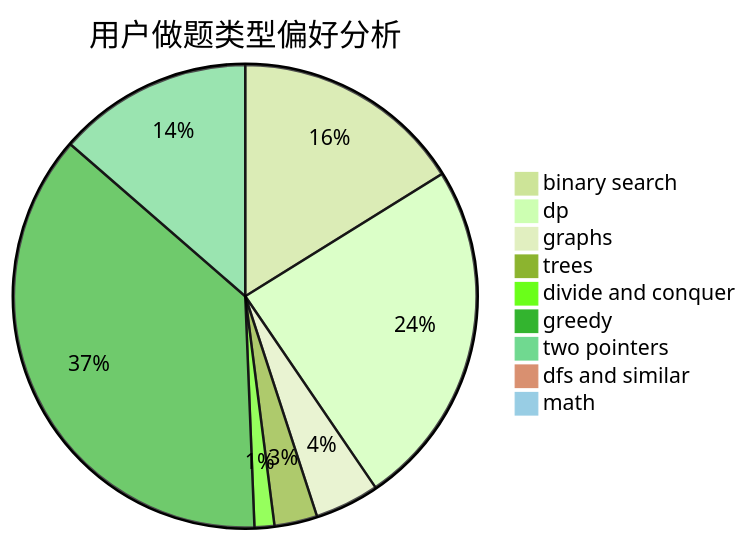
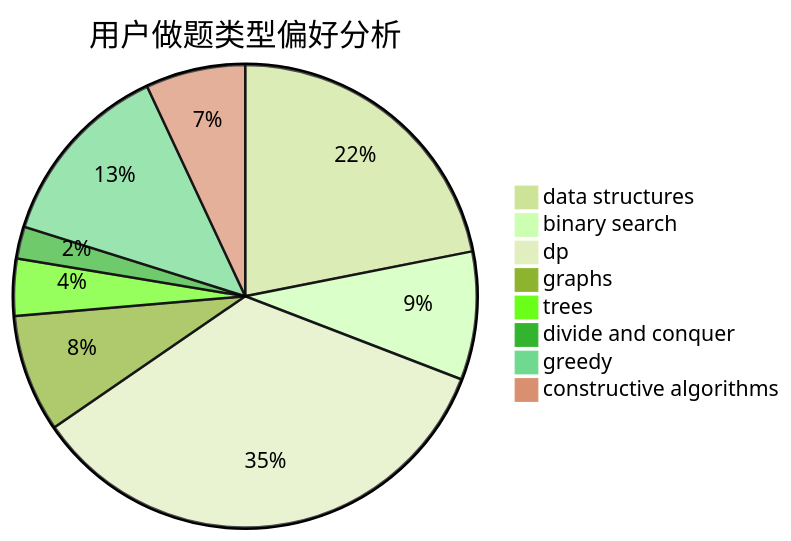
Before and after one commit to sherpahu/cfrs.github.io: the second of 3 diagrams in docs/user/u1308.md, drawn with Mermaid (forest theme). The commit also changed other lines of this file and 2775 other files, not shown here.

````diff
--- a/docs/user/u1308.md
+++ b/docs/user/u1308.md
@@ -23,12 +23,11 @@
 ```mermaid
 pie title 用户做题类型偏好分析
-    "binary search" :  140
-    "dp" :  211
-    "graphs" :  39
-    "trees" :  26
-    "divide and conquer" :  12
-    "greedy" :  321
-    "two pointers" :  118
-    "dfs and similar" :  3
-    "math" :  3
+    "data structures" :  88
+    "binary search" :  36
+    "dp" :  139
+    "graphs" :  33
+    "trees" :  16
+    "divide and conquer" :  9
+    "greedy" :  53
+    "constructive algorithms" :  28
 ```
````
